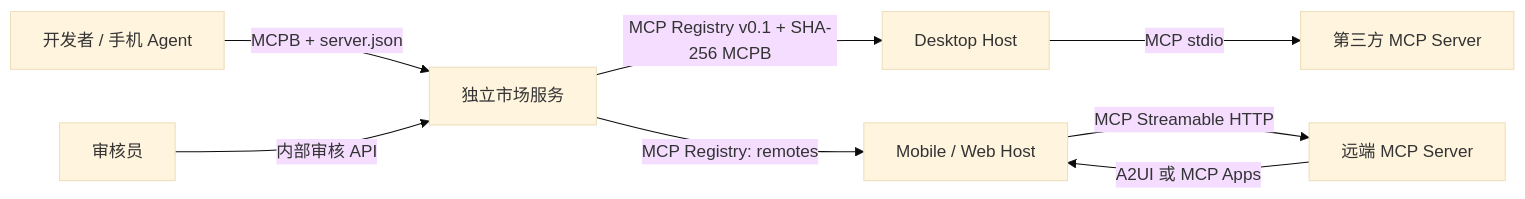
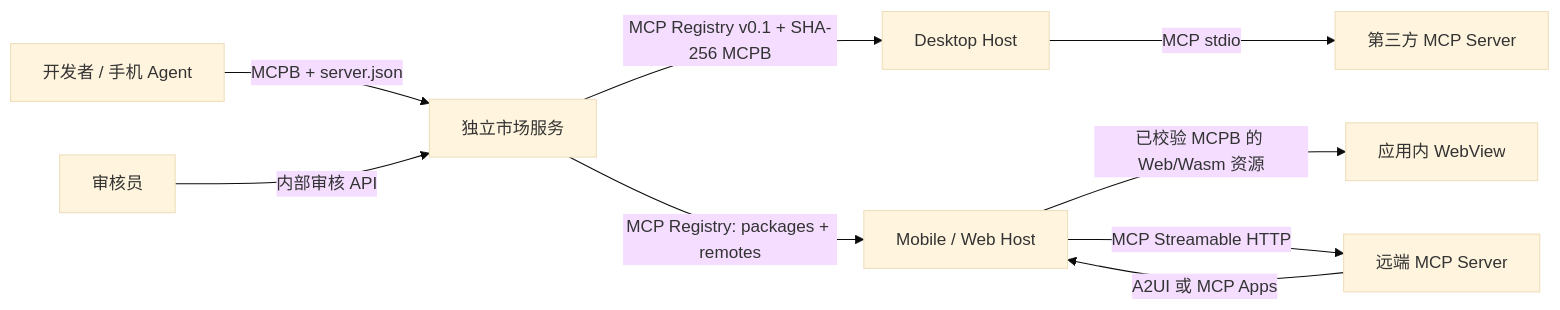
The diagram in docs/ARCHITECTURE.zh-CN.md (openmuseai/Muse-Plugin-EcoSystem), drawn with Mermaid (base theme) before and after one commit. The commit also changed other lines of this file and 167 other files, not shown here.

Commit message:
feat(editor): distribute offline mobile web bundle through reviewed MCPB

````diff
--- a/docs/ARCHITECTURE.zh-CN.md
+++ b/docs/ARCHITECTURE.zh-CN.md
@@ -3,10 +3,11 @@
 ```mermaid
 flowchart LR
   Dev[开发者 / 手机 Agent] -->|MCPB + server.json| Store[独立市场服务]
   Reviewer[审核员] -->|内部审核 API| Store
   Store -->|MCP Registry v0.1 + SHA-256 MCPB| Desktop[Desktop Host]
-  Store -->|MCP Registry: remotes| Mobile[Mobile / Web Host]
+  Store -->|MCP Registry: packages + remotes| Mobile[Mobile / Web Host]
   Desktop -->|MCP stdio| Plugin[第三方 MCP Server]
+  Mobile -->|已校验 MCPB 的 Web/Wasm 资源| Local[应用内 WebView]
   Mobile -->|MCP Streamable HTTP| Remote[远端 MCP Server]
   Remote -->|A2UI 或 MCP Apps| Mobile
 ```
````
